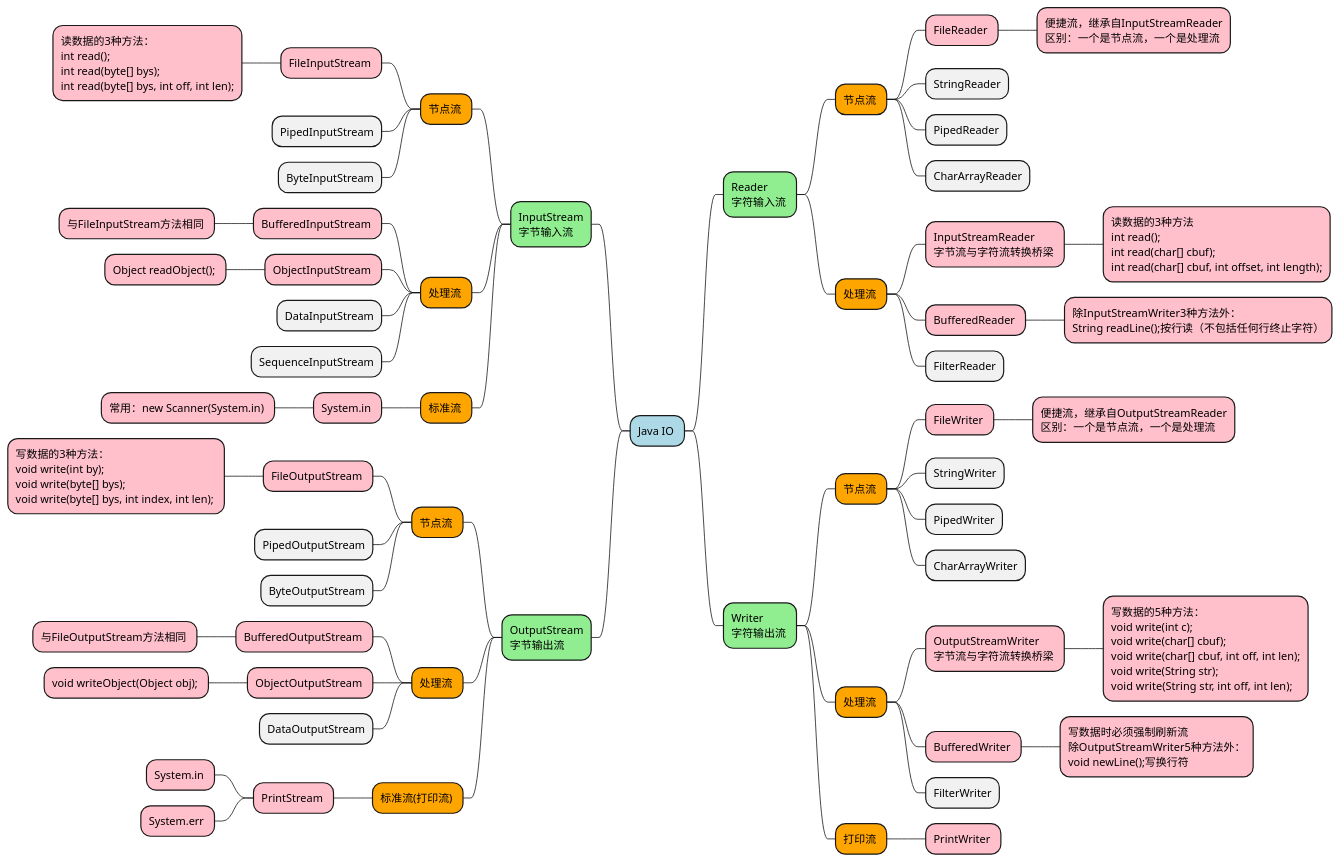
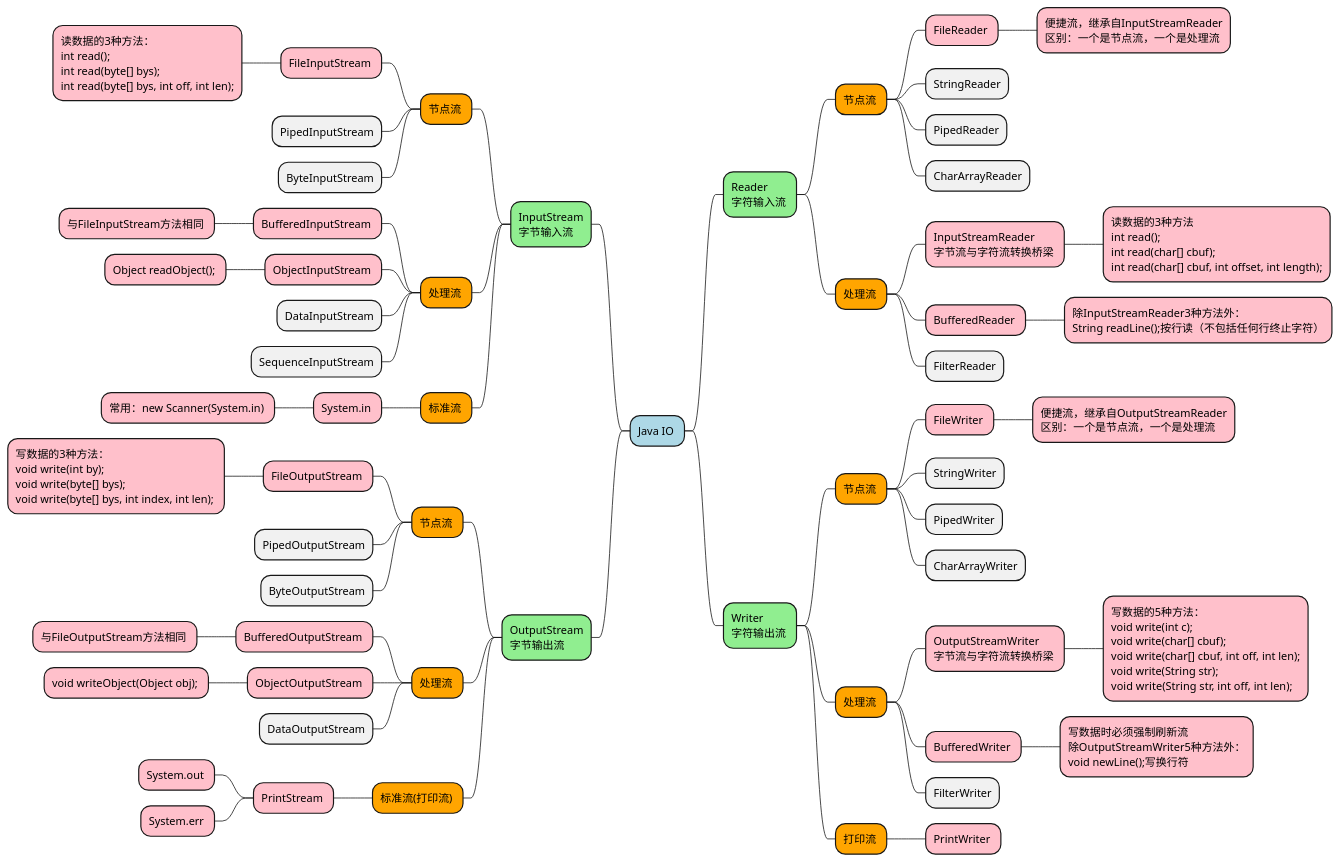
Before and after one commit to progzc/InterviewIForJob: the diagram in Arithmetic/src/main/resources/IOMind.puml, drawn with PlantUML.

Commit message:
修复错误

```diff
--- a/Arithmetic/src/main/resources/IOMind.puml
+++ b/Arithmetic/src/main/resources/IOMind.puml
@@ -1,85 +1,85 @@
 @startmindmap
 <style>
 mindmapDiagram {
   .green {
     BackgroundColor lightgreen
   }
   .rose {
     BackgroundColor orange
   }
   .lightblue {
     BackgroundColor lightblue
   }
   .pink{
     BackgroundColor pink
   }
 }
 </style>
 * Java IO <<lightblue>>
 ** Reader\n字符输入流 <<green>>
 *** 节点流 <<rose>>
 **** FileReader <<pink>>
 ***** 便捷流，继承自InputStreamReader\n区别：一个是节点流，一个是处理流<<pink>>
 **** StringReader
 **** PipedReader
 **** CharArrayReader
 *** 处理流 <<rose>>
 **** InputStreamReader\n字节流与字符流转换桥梁 <<pink>>
 ***** 读数据的3种方法\nint read();\nint read(char[] cbuf);\nint read(char[] cbuf, int offset, int length);<<pink>>
 **** BufferedReader <<pink>>
-***** 除InputStreamWriter3种方法外：\nString readLine();按行读（不包括任何行终止字符）<<pink>>
+***** 除InputStreamReader3种方法外：\nString readLine();按行读（不包括任何行终止字符）<<pink>>
 **** FilterReader
 
 
 ** Writer\n字符输出流 <<green>>
 *** 节点流 <<rose>>
 **** FileWriter <<pink>>
 ***** 便捷流，继承自OutputStreamReader\n区别：一个是节点流，一个是处理流<<pink>>
 **** StringWriter
 **** PipedWriter
 **** CharArrayWriter
 *** 处理流 <<rose>>
 **** OutputStreamWriter\n字节流与字符流转换桥梁 <<pink>>
 ***** 写数据的5种方法：\nvoid write(int c);\nvoid write(char[] cbuf);\nvoid write(char[] cbuf, int off, int len);\nvoid write(String str);\nvoid write(String str, int off, int len);<<pink>>
 **** BufferedWriter <<pink>>
 ***** 写数据时必须强制刷新流\n除OutputStreamWriter5种方法外：\nvoid newLine();写换行符<<pink>>
 **** FilterWriter
 *** 打印流 <<rose>>
 **** PrintWriter <<pink>>
 
 
 -- InputStream\n字节输入流 <<green>>
 --- 节点流 <<rose>>
 ---- FileInputStream <<pink>>
 ----- 读数据的3种方法：\nint read();\nint read(byte[] bys);\nint read(byte[] bys, int off, int len);<<pink>>
 ---- PipedInputStream
 ---- ByteInputStream
 --- 处理流 <<rose>>
 ---- BufferedInputStream <<pink>>
 ----- 与FileInputStream方法相同 <<pink>>
 ---- ObjectInputStream <<pink>>
 ----- Object readObject(); <<pink>>
 ---- DataInputStream
 ---- SequenceInputStream
 --- 标准流 <<rose>>
 ---- System.in <<pink>>
 ----- 常用：new Scanner(System.in) <<pink>>
 
 
 -- OutputStream\n字节输出流 <<green>>
 --- 节点流 <<rose>>
 ---- FileOutputStream <<pink>>
 ----- 写数据的3种方法：\nvoid write(int by);\nvoid write(byte[] bys);\nvoid write(byte[] bys, int index, int len); <<pink>>
 ---- PipedOutputStream
 ---- ByteOutputStream
 --- 处理流 <<rose>>
 ---- BufferedOutputStream <<pink>>
 ----- 与FileOutputStream方法相同 <<pink>>
 ---- ObjectOutputStream <<pink>>
 ----- void writeObject(Object obj); <<pink>>
 ---- DataOutputStream
 --- 标准流(打印流) <<rose>>
 ---- PrintStream <<pink>>
------ System.in <<pink>>
+----- System.out <<pink>>
 ----- System.err <<pink>>
 @endmindmap
```
